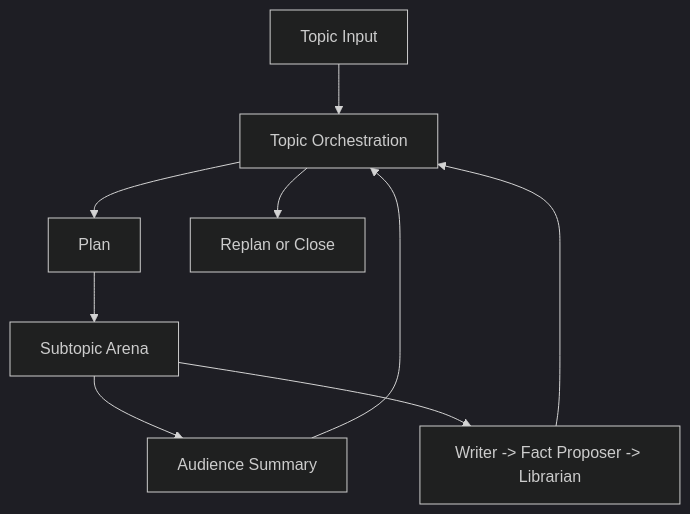
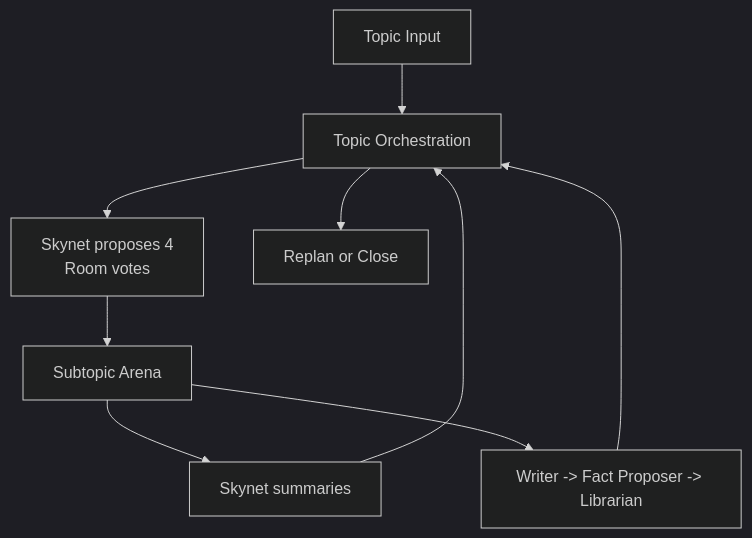
The first of 2 diagrams in README.md (G-R-O-X/Grox_chat), drawn with Mermaid (dark theme) before and after one commit. The commit also changed other lines of this file and 16 other files, not shown here.

````diff
--- a/README.md
+++ b/README.md
@@ -33,11 +38,11 @@
 ```mermaid
 flowchart TD
     User[Topic Input] --> TopicGraph[Topic Orchestration]
-    TopicGraph --> Plan[Plan]
-    Plan --> Arena[Subtopic Arena]
-    Arena --> Summary[Audience Summary]
+    TopicGraph --> Vote[Skynet proposes 4<br/>Room votes]
+    Vote --> Arena[Subtopic Arena]
+    Arena --> Summary[Skynet summaries]
     Arena --> Facts[Writer -> Fact Proposer -> Librarian]
     Summary --> TopicGraph
     Facts --> TopicGraph
     TopicGraph --> Close[Replan or Close]
 ```
````
